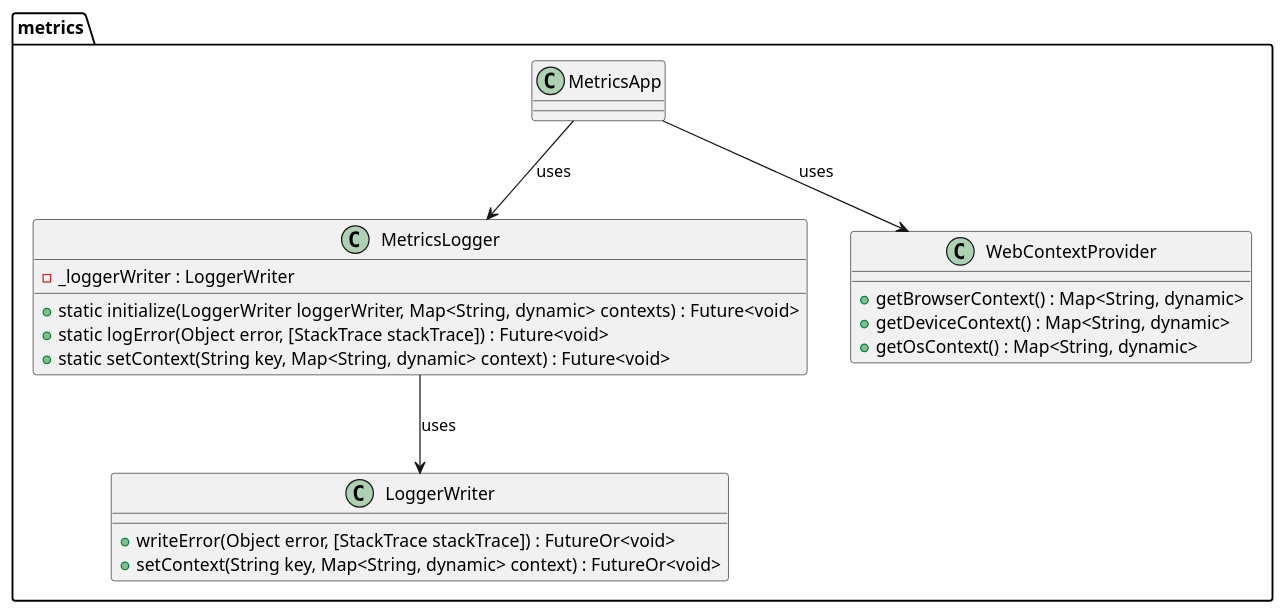
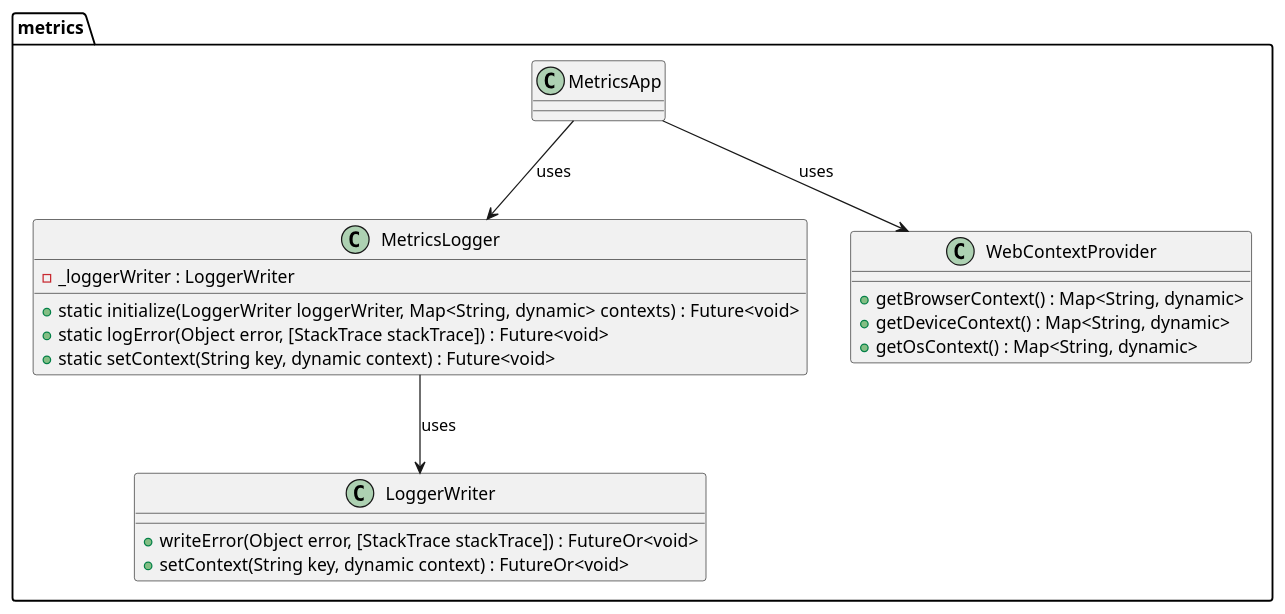
The diagram in metrics/web/docs/features/metrics_logger/diagrams/metrics_logger_class_diagram.puml (Flank/flank-dashboard), drawn with PlantUML before and after one commit. The commit also changed 1 other file, not shown here.

Commit message:
Fix class diagrams.

```diff
--- a/metrics/web/docs/features/metrics_logger/diagrams/metrics_logger_class_diagram.puml
+++ b/metrics/web/docs/features/metrics_logger/diagrams/metrics_logger_class_diagram.puml
@@ -1,29 +1,29 @@
 @startuml metrics_logger_class_diagram
 
 package metrics {
   class MetricsApp {}
 
   class LoggerWriter {
     + writeError(Object error, [StackTrace stackTrace]) : FutureOr<void>
-    + setContext(String key, Map<String, dynamic> context) : FutureOr<void>
+    + setContext(String key, dynamic context) : FutureOr<void>
   }
 
   class MetricsLogger {
     - _loggerWriter : LoggerWriter
     + static initialize(LoggerWriter loggerWriter,  Map<String, dynamic> contexts) : Future<void>
     + static logError(Object error, [StackTrace stackTrace]) : Future<void>
-    + static setContext(String key, Map<String, dynamic> context) : Future<void>
+    + static setContext(String key, dynamic context) : Future<void>
   }
 
   class WebContextProvider {
     + getBrowserContext() : Map<String, dynamic>
     + getDeviceContext() : Map<String, dynamic>
     + getOsContext() : Map<String, dynamic>
   }
 }
 
 MetricsApp --> WebContextProvider : uses
 MetricsApp --> MetricsLogger : uses
 MetricsLogger --> LoggerWriter : uses
 
 @enduml
```
